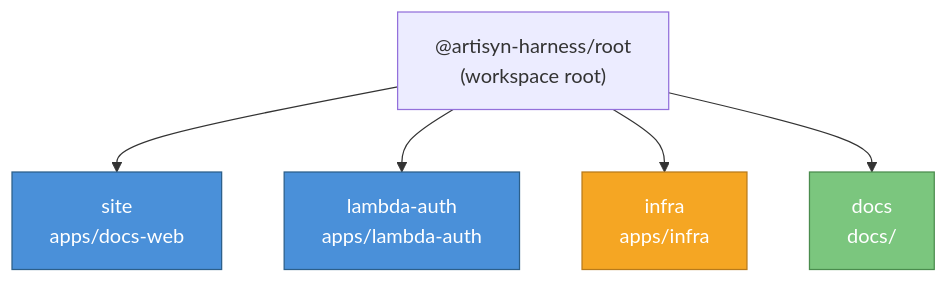
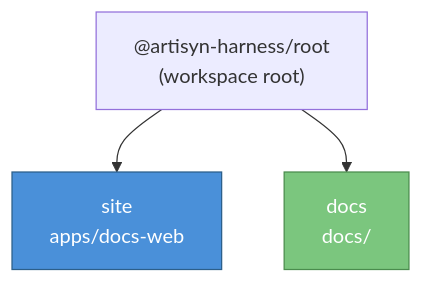
One commit to DataArt/artisyn-implementation-harness changed the diagram in docs/Engineering Guide/05 Getting Started.md. Above: the diagram before and after it, drawn with Mermaid. The commit also changed other lines of this file and 17 other files, not shown here.

Commit message:
docs(infra): retire Auth/Infrastructure docs, fix stale AWS/auth references

````diff
--- a/docs/Engineering Guide/05 Getting Started.md
+++ b/docs/Engineering Guide/05 Getting Started.md
@@ -15,17 +15,13 @@
 ```mermaid
 flowchart TB
     classDef app fill:#4A90D9,stroke:#2C5F8A,color:#fff
     classDef content fill:#7BC67E,stroke:#4A8C4D,color:#fff
-    classDef tool fill:#F5A623,stroke:#B87A1A,color:#fff
 
     root["@artisyn-harness/root\n(workspace root)"]
 
     root --> site["site\napps/docs-web"]
-    root --> auth["lambda-auth\napps/lambda-auth"]
-    root --> infra["infra\napps/infra"]
     root --> docs["docs\ndocs/"]
 
-    class site,auth app
-    class infra tool
+    class site app
     class docs content
 ```
````
